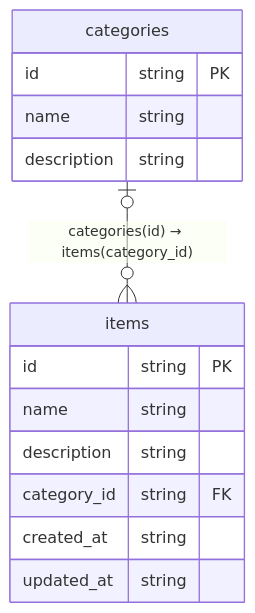
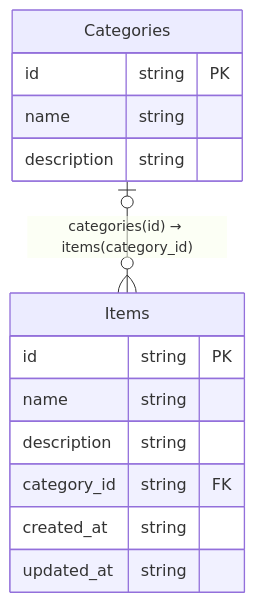
One commit to sbalmt/ez4 changed the diagram in examples/aws-aurora-crudl/docs/db-erd.mmd. Above: the diagram before and after it, drawn with Mermaid. The commit also changed 7 other files, not shown here.

```diff
--- a/examples/aws-aurora-crudl/docs/db-erd.mmd
+++ b/examples/aws-aurora-crudl/docs/db-erd.mmd
@@ -1,15 +1,16 @@
+%%{init: { "layout": "elk" } }%%
 erDiagram
-	items {
+	Items {
 		id string PK
 		name string
 		description string
 		category_id string FK
 		created_at string
 		updated_at string
 	}
-	categories {
+	Categories {
 		id string PK
 		name string
 		description string
 	}
-	categories |o--o{ items : "categories(id) → items(category_id)"
+	Categories |o--o{ Items : "categories(id) → items(category_id)"
```
